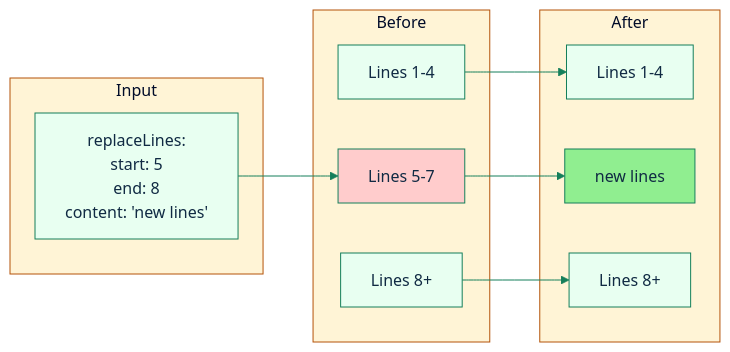
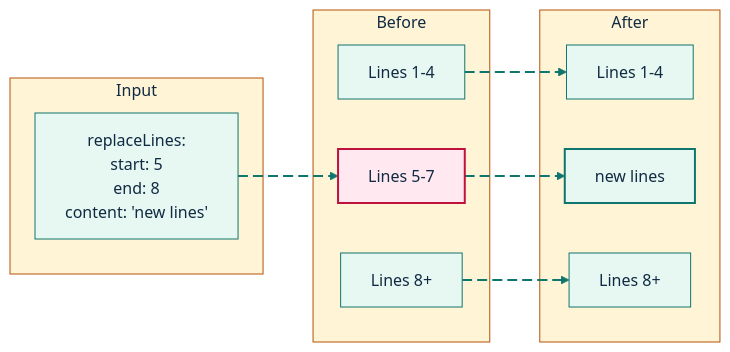
The third of 8 diagrams in docs/file-write-tool.md (GlitterKill/sdl-mcp), drawn with Mermaid before and after one commit. The commit also changed other lines of this file and 33 other files, not shown here.

First line of the commit message:
docs: update mermaid diagram themes and styling across documentation

````diff
--- a/docs/file-write-tool.md
+++ b/docs/file-write-tool.md
@@ -162,25 +180,34 @@
 ```mermaid
-%%{init: {"theme":"base","themeVariables":{"primaryColor":"#e8fff1","primaryBorderColor":"#157f5b","primaryTextColor":"#102a43","secondaryColor":"#eef6ff","secondaryBorderColor":"#2563eb","tertiaryColor":"#fff4d6","tertiaryBorderColor":"#b45309","lineColor":"#157f5b","fontFamily":"Trebuchet MS, Arial"},"flowchart":{"curve":"basis"}}}%%
+%%{init: {"theme":"base","themeVariables":{"background":"#ffffff","primaryColor":"#E7F8F2","primaryBorderColor":"#0F766E","primaryTextColor":"#102A43","secondaryColor":"#E8F1FF","secondaryBorderColor":"#2563EB","secondaryTextColor":"#102A43","tertiaryColor":"#FFF4D6","tertiaryBorderColor":"#B45309","tertiaryTextColor":"#102A43","lineColor":"#0F766E","textColor":"#102A43","fontFamily":"Inter, ui-sans-serif, system-ui, -apple-system, BlinkMacSystemFont, Segoe UI, sans-serif"},"flowchart":{"curve":"basis","htmlLabels":true}}}%%
 flowchart LR
     subgraph Input
         A["replaceLines:\n  start: 5\n  end: 8\n  content: 'new lines'"]
     end
     subgraph "Before"
         B1[Lines 1-4]
         B2[Lines 5-7]
         B3[Lines 8+]
     end
     subgraph "After"
         C1[Lines 1-4]
         C2[new lines]
         C3[Lines 8+]
     end
 
-    A --> B2
-    B1 --> C1
-    B2 --> C2
-    B3 --> C3
+    A e1@--> B2
+    B1 e2@--> C1
+    B2 e3@--> C2
+    B3 e4@--> C3
 
-    style B2 fill:#ffcccc
-    style C2 fill:#90EE90
+    style B2 fill:#FFE8EF,stroke:#BE123C,stroke-width:2px,color:#102A43
+    style C2 fill:#E7F8F2,stroke:#0F766E,stroke-width:2px,color:#102A43
+
+    classDef source fill:#E7F8F2,stroke:#0F766E,stroke-width:2px,color:#102A43;
+    classDef process fill:#E8F1FF,stroke:#2563EB,stroke-width:2px,color:#102A43;
+    classDef decision fill:#FFF4D6,stroke:#B45309,stroke-width:2px,color:#102A43;
+    classDef storage fill:#F2E8FF,stroke:#7C3AED,stroke-width:2px,color:#102A43;
+    classDef output fill:#FFE8EF,stroke:#BE123C,stroke-width:2px,color:#102A43;
+    classDef muted fill:#F8FAFC,stroke:#64748B,stroke-width:1px,color:#102A43;
+    classDef animate stroke:#0F766E,stroke-width:2px,stroke-dasharray:10\,5,stroke-dashoffset:900,animation:dash 22s linear infinite;
+    class e1,e2,e3,e4 animate;
 ```
````
